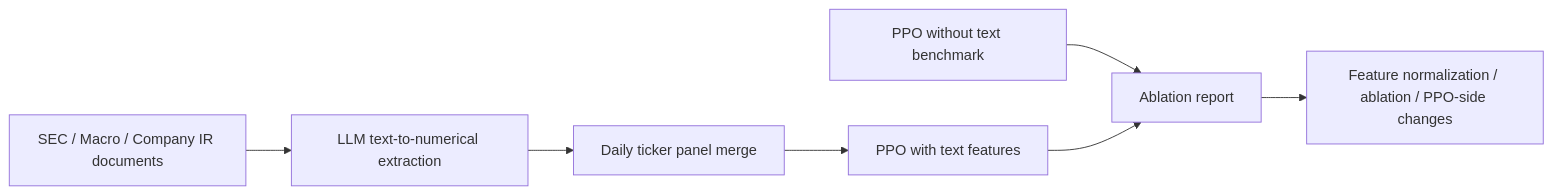
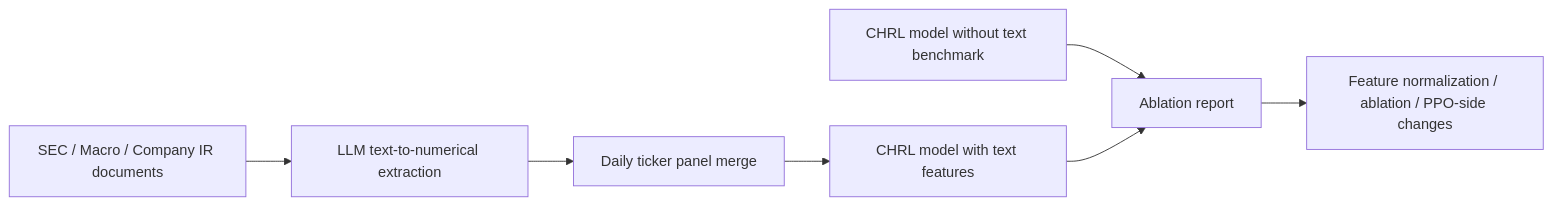
The diagram in README.md (Sqaard/FinGPT-as-Feature-Generator), drawn with Mermaid before and after one commit. The commit also changed other lines of this file and 1 other file, not shown here.

Commit message:
Update README with CHRL OOS summary

````diff
--- a/README.md
+++ b/README.md
@@ -20,9 +32,9 @@
 ```mermaid
 flowchart LR
   A["SEC / Macro / Company IR documents"] --> B["LLM text-to-numerical extraction"]
   B --> C["Daily ticker panel merge"]
-  C --> D["PPO with text features"]
-  E["PPO without text benchmark"] --> F["Ablation report"]
+  C --> D["CHRL model with text features"]
+  E["CHRL model without text benchmark"] --> F["Ablation report"]
   D --> F
   F --> G["Feature normalization / ablation / PPO-side changes"]
 ```
````
